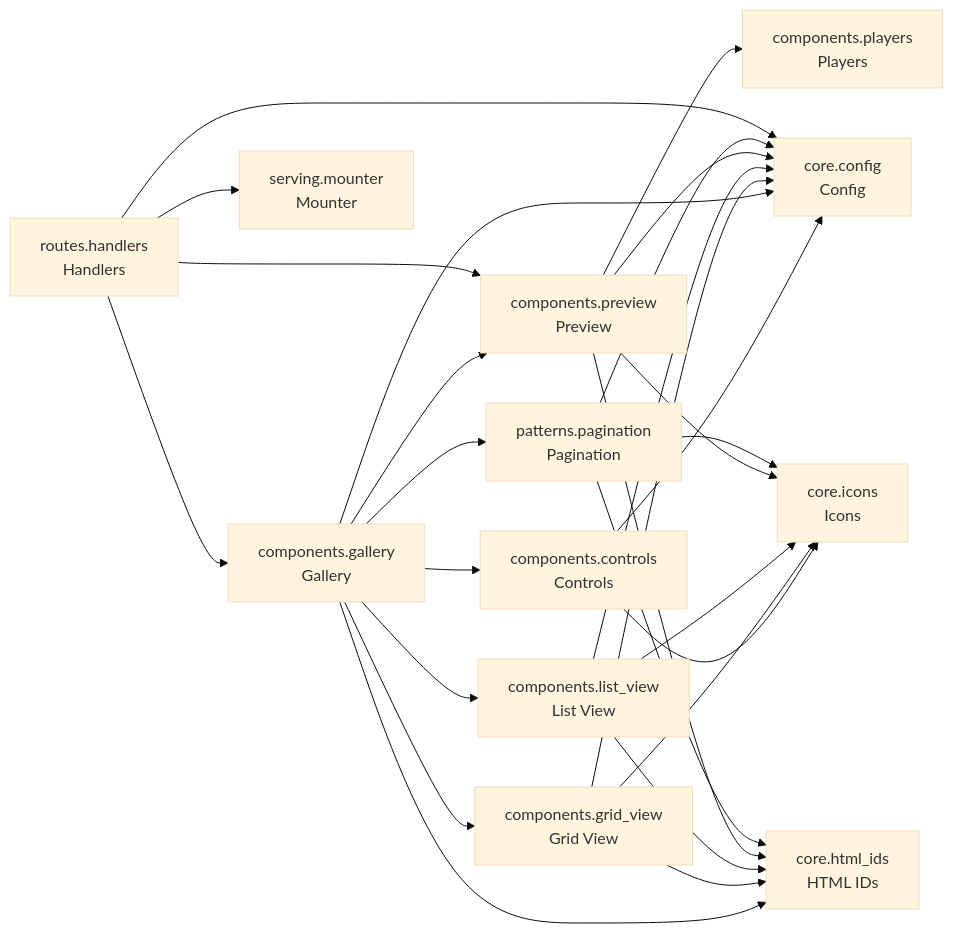
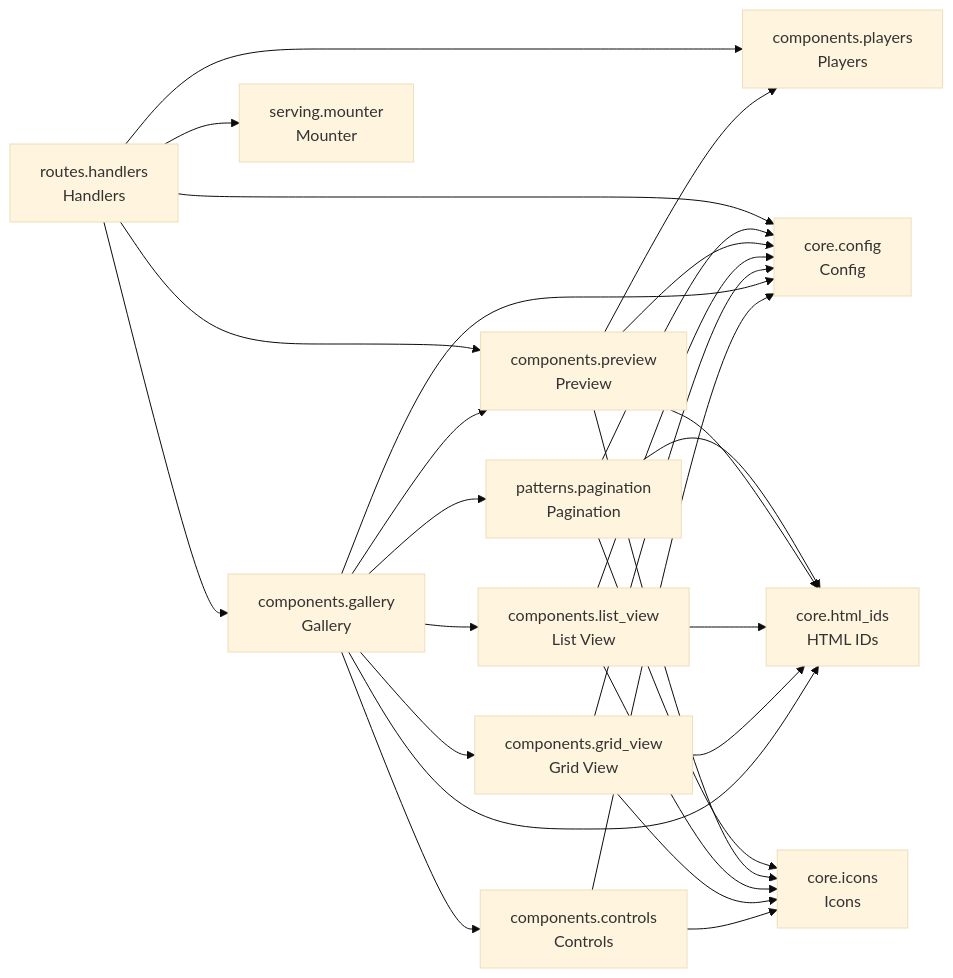
The diagram in README.md (cj-mills/cjm-fasthtml-media-gallery), drawn with Mermaid (base theme) before and after one commit. The commit also changed other lines of this file and 9 other files, not shown here.

````diff
--- a/README.md
+++ b/README.md
@@ -37,42 +37,43 @@
 ``` mermaid
 graph LR
     components_controls[components.controls<br/>Controls]
     components_gallery[components.gallery<br/>Gallery]
     components_grid_view[components.grid_view<br/>Grid View]
     components_list_view[components.list_view<br/>List View]
     components_players[components.players<br/>Players]
     components_preview[components.preview<br/>Preview]
     core_config[core.config<br/>Config]
     core_html_ids[core.html_ids<br/>HTML IDs]
     core_icons[core.icons<br/>Icons]
     patterns_pagination[patterns.pagination<br/>Pagination]
     routes_handlers[routes.handlers<br/>Handlers]
     serving_mounter[serving.mounter<br/>Mounter]
 
+    components_controls --> core_config
     components_controls --> core_icons
-    components_controls --> core_config
+    components_gallery --> components_list_view
+    components_gallery --> core_config
+    components_gallery --> patterns_pagination
+    components_gallery --> components_controls
     components_gallery --> components_grid_view
-    components_gallery --> patterns_pagination
-    components_gallery --> core_config
+    components_gallery --> core_html_ids
     components_gallery --> components_preview
-    components_gallery --> components_list_view
-    components_gallery --> components_controls
-    components_gallery --> core_html_ids
-    components_grid_view --> core_icons
     components_grid_view --> core_config
     components_grid_view --> core_html_ids
+    components_grid_view --> core_icons
     components_list_view --> core_config
+    components_list_view --> core_html_ids
     components_list_view --> core_icons
-    components_list_view --> core_html_ids
+    components_preview --> core_config
+    components_preview --> core_html_ids
     components_preview --> core_icons
-    components_preview --> core_config
     components_preview --> components_players
-    components_preview --> core_html_ids
     patterns_pagination --> core_config
     patterns_pagination --> core_html_ids
     patterns_pagination --> core_icons
     routes_handlers --> components_preview
+    routes_handlers --> serving_mounter
     routes_handlers --> core_config
+    routes_handlers --> components_players
     routes_handlers --> components_gallery
-    routes_handlers --> serving_mounter
 ```
````
